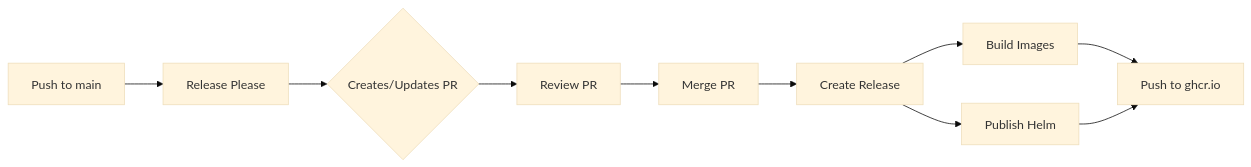
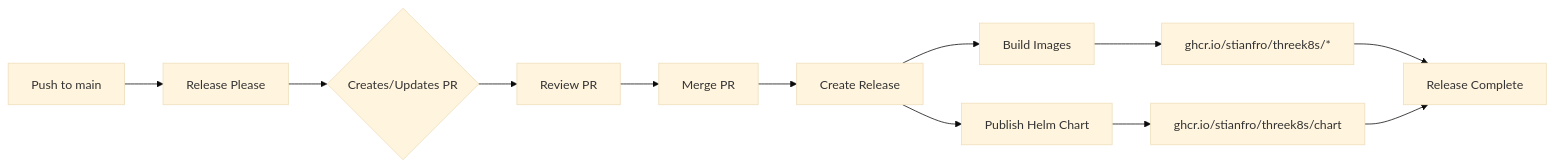
Before and after one commit to stianfro/threek8s: the diagram in RELEASING.md, drawn with Mermaid (base theme). The commit also changed other lines of this file and 14 other files, not shown here.

First line of the commit message:
fix: correct Helm chart OCI registry path and versioning (#15)

````diff
--- a/RELEASING.md
+++ b/RELEASING.md
@@ -42,12 +42,14 @@
 ```mermaid
 graph LR
     A[Push to main] --> B[Release Please]
     B --> C{Creates/Updates PR}
     C --> D[Review PR]
     D --> E[Merge PR]
     E --> F[Create Release]
     F --> G[Build Images]
-    F --> H[Publish Helm]
-    G --> I[Push to ghcr.io]
-    H --> I
+    F --> H[Publish Helm Chart]
+    G --> I[ghcr.io/stianfro/threek8s/*]
+    H --> J[ghcr.io/stianfro/threek8s/chart]
+    I --> K[Release Complete]
+    J --> K
 ```
````
